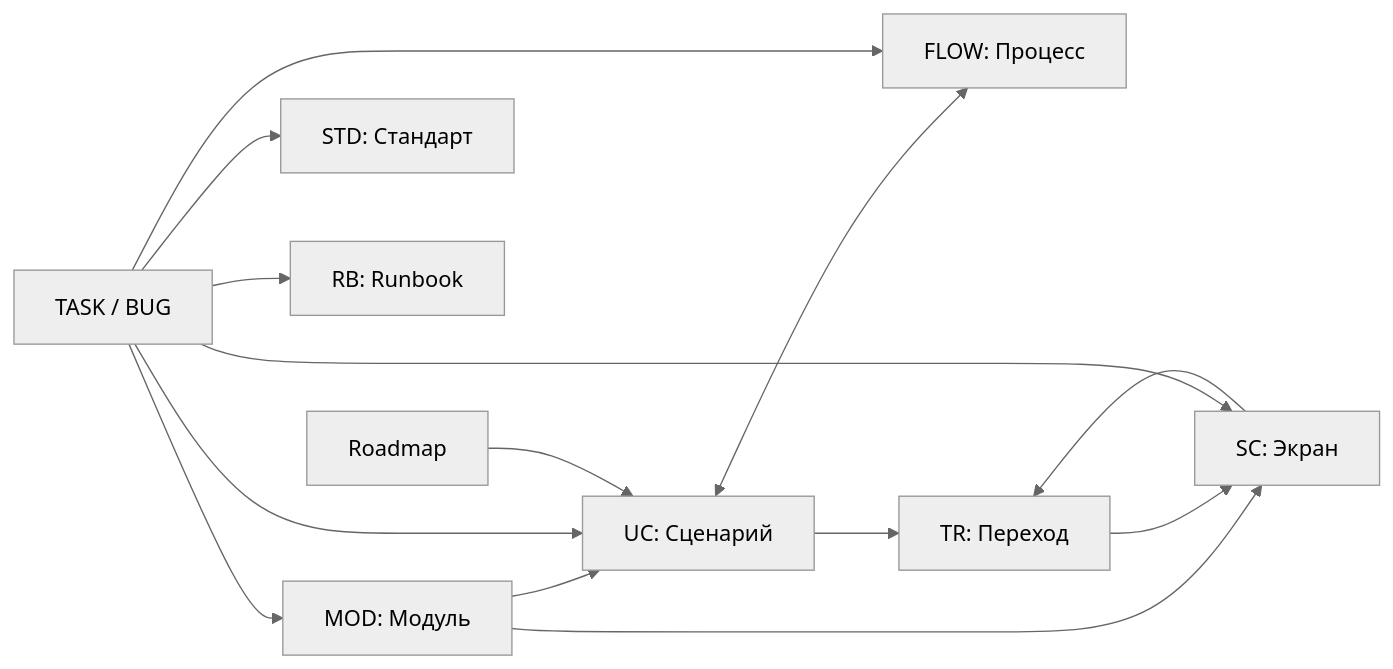
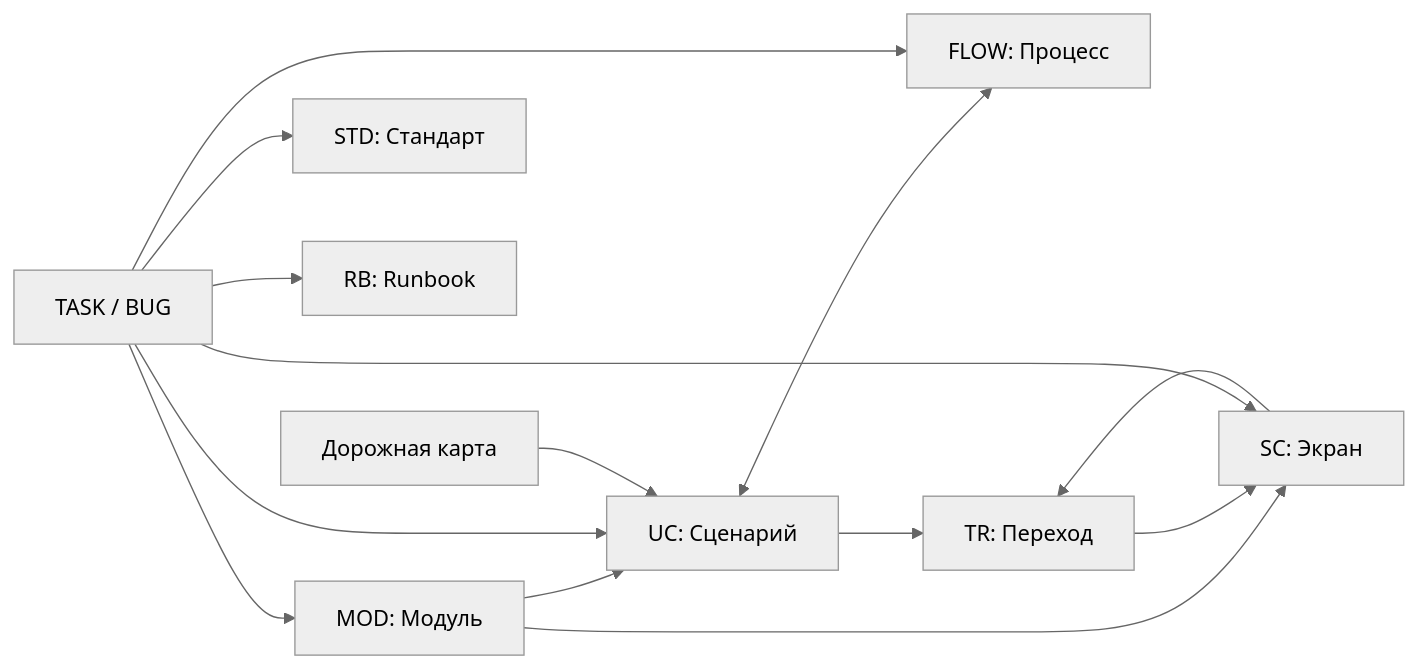
Before and after one commit to lumenikoly/toudocu: the diagram in docs/reference/document-model.md, drawn with Mermaid (neutral theme). The commit also changed other lines of this file and 214 other files, not shown here.

````diff
--- a/docs/reference/document-model.md
+++ b/docs/reference/document-model.md
@@ -99,16 +86,16 @@
 ```mermaid
 flowchart LR
-    MOD[MOD: Модуль] --> UC[UC: Сценарий]
-    MOD --> SC[SC: Экран]
-    UC <--> FLOW[FLOW: Процесс]
-    UC --> TR[TR: Переход]
+    MOD["MOD: Модуль"] --> UC["UC: Сценарий"]
+    MOD --> SC["SC: Экран"]
+    UC <--> FLOW["FLOW: Процесс"]
+    UC --> TR["TR: Переход"]
     SC --> TR
     TR --> SC
-    TASK[TASK / BUG] --> MOD
+    TASK["TASK / BUG"] --> MOD
     TASK --> UC
     TASK --> FLOW
     TASK --> SC
-    TASK --> STD[STD: Стандарт]
-    TASK --> RB[RB: Runbook]
-    ROADMAP[Roadmap] --> UC
+    TASK --> STD["STD: Стандарт"]
+    TASK --> RB["RB: Runbook"]
+    ROADMAP["Дорожная карта"] --> UC
 ```
````
